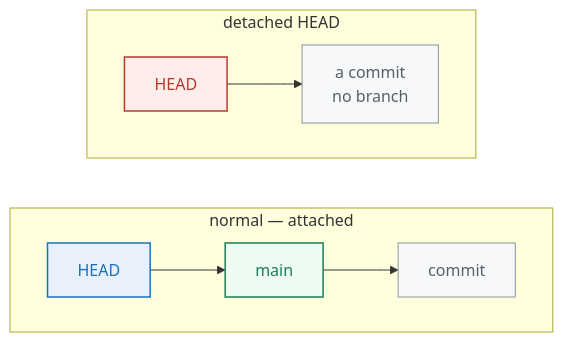
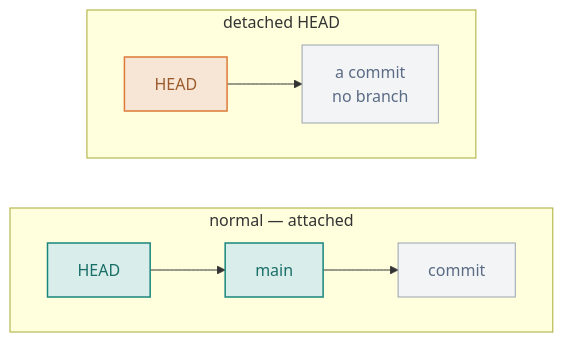
The diagram in 05-investigating-history/README.md (rehmanhaseeb2345-bit/Git), drawn with Mermaid before and after one commit. The commit also changed other lines of this file and 32 other files, not shown here.

First line of the commit message:
Restyle the whole repo: lighter personal notes + redrawn diagrams

````diff
--- a/05-investigating-history/README.md
+++ b/05-investigating-history/README.md
@@ -53,16 +35,16 @@
 ```mermaid
 flowchart LR
   subgraph A["normal — attached"]
     direction LR
     H1["HEAD"] --> B["main"] --> C1["commit"]
   end
   subgraph D["detached HEAD"]
     direction LR
     H2["HEAD"] --> C2["a commit<br/>no branch"]
   end
-  style H1 fill:#e7f0fb,stroke:#1971c2,stroke-width:1.5px,color:#1971c2
-  style B fill:#edfbf3,stroke:#1a7f52,stroke-width:1.5px,color:#1a7f52
-  style C1 fill:#f6f8fa,stroke:#8a93a0,color:#57606a
-  style H2 fill:#fdecea,stroke:#b23b2e,stroke-width:1.5px,color:#b23b2e
-  style C2 fill:#f6f8fa,stroke:#8a93a0,color:#57606a
+  style H1 fill:#D9EEEB,stroke:#19857C,stroke-width:1.5px,color:#196E67
+  style B fill:#D9EEEB,stroke:#19857C,stroke-width:1.5px,color:#196E67
+  style C1 fill:#F3F4F6,stroke:#9AA3AF,color:#5A6B85
+  style H2 fill:#F7E6D6,stroke:#DD7A38,stroke-width:1.5px,color:#9A5A2B
+  style C2 fill:#F3F4F6,stroke:#9AA3AF,color:#5A6B85
 ```
````
